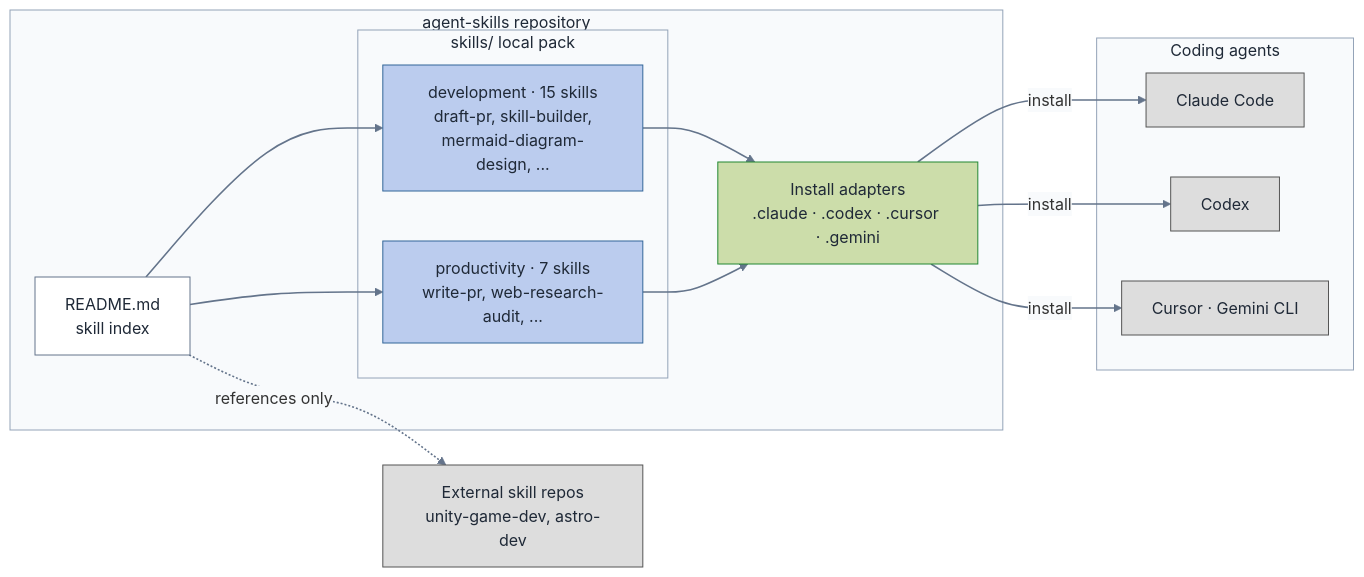
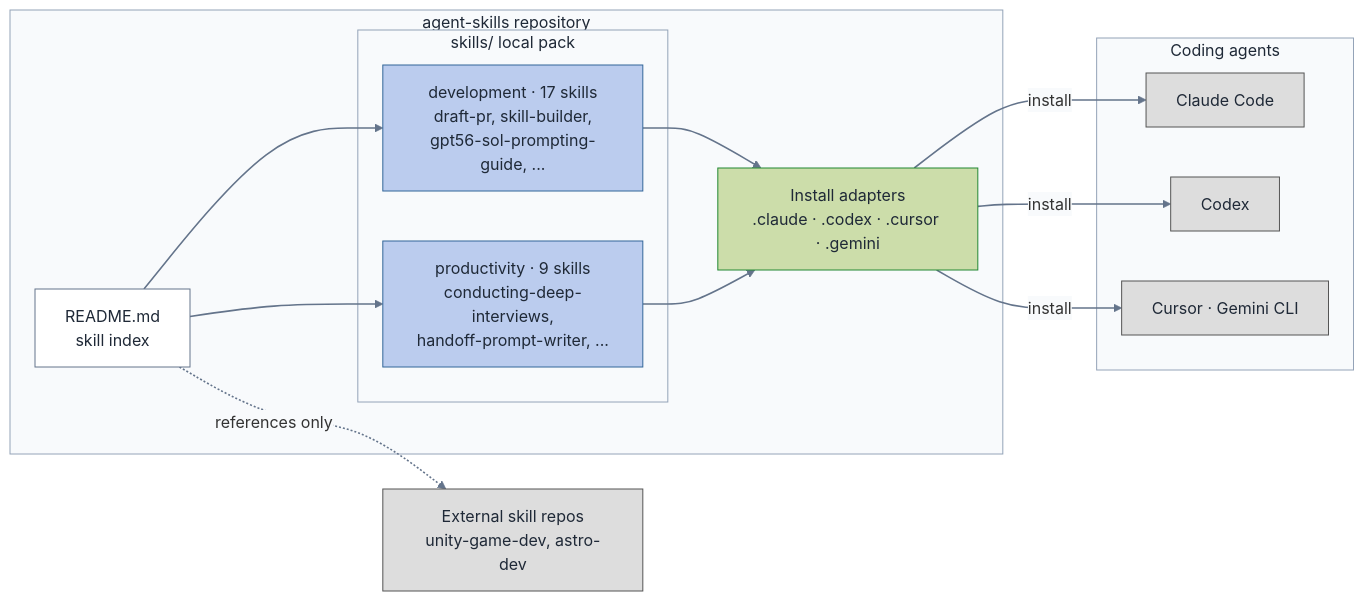
One commit to gigio1023/agent-skills changed the diagram in docs/repo-structure.md. Above: the diagram before and after it, drawn with Mermaid. The commit also changed 18 other files, not shown here.

First line of the commit message:
feat: add handoff, GPT-5.6 Sol, Fable 5, and deep interview skills (#10)

````diff
--- a/docs/repo-structure.md
+++ b/docs/repo-structure.md
@@ -8,46 +8,46 @@
 ```mermaid
 ---
 config:
   theme: base
   themeVariables:
     textColor: "#1f2937"
     edgeLabelBackground: "#f8fafc"
 ---
 flowchart LR
   accTitle: agent-skills repository structure
   accDescr: Local skills in two categories are indexed by the README, exposed through per-harness install adapters, and installed into coding agents. External skill repos are referenced but not packaged.
 
   subgraph repo ["agent-skills repository"]
     IDX["README.md<br/>skill index"]
     subgraph pack ["skills/ local pack"]
-      DEV["development · 15 skills<br/>draft-pr, skill-builder,<br/>mermaid-diagram-design, ..."]
-      PROD["productivity · 7 skills<br/>write-pr, web-research-audit, ..."]
+      DEV["development · 17 skills<br/>draft-pr, skill-builder,<br/>gpt56-sol-prompting-guide, ..."]
+      PROD["productivity · 9 skills<br/>conducting-deep-interviews,<br/>handoff-prompt-writer, ..."]
     end
     ADP["Install adapters<br/>.claude · .codex · .cursor · .gemini"]
   end
 
   EXT["External skill repos<br/>unity-game-dev, astro-dev"]
 
   subgraph agents ["Coding agents"]
     CC["Claude Code"]
     CX["Codex"]
     OT["Cursor · Gemini CLI"]
   end
 
   IDX --> DEV & PROD
   IDX -.->|references only| EXT
   DEV & PROD --> ADP
   ADP -->|install| CC & CX & OT
 
   classDef packNode fill:#BBCCEE,stroke:#336699,color:#1f2937;
   classDef adapter fill:#CCDDAA,stroke:#228833,color:#1f2937;
   classDef outside fill:#DDDDDD,stroke:#555555,color:#1f2937;
   classDef boundary fill:#f8fafc,stroke:#94a3b8,color:#1f2937;
   classDef index fill:#ffffff,stroke:#64748b,color:#1f2937;
   class DEV,PROD packNode;
   class ADP adapter;
   class CC,CX,OT,EXT outside;
   class repo,pack,agents boundary;
   class IDX index;
   linkStyle default stroke:#64748b,stroke-width:1.6px;
 ```
````
